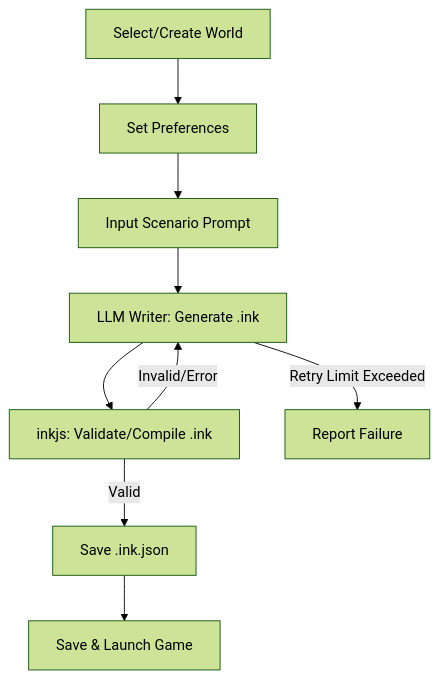
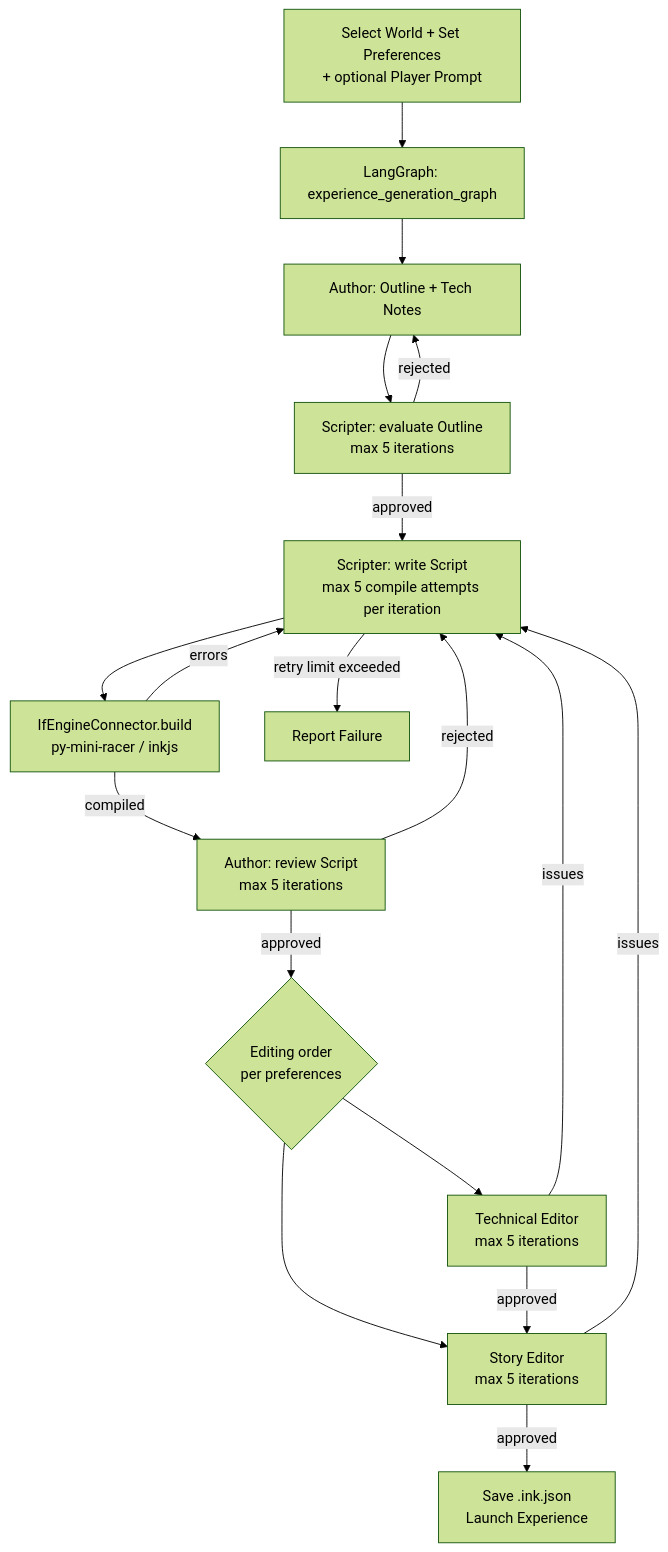
The diagram in docs/Data and File Specifications.md (peterbaileyct/zforge), drawn with Mermaid (forest theme) before and after one commit. The commit also changed other lines of this file and 11 other files, not shown here.

````diff
--- a/docs/Data and File Specifications.md
+++ b/docs/Data and File Specifications.md
@@ -16,11 +37,20 @@
 ```mermaid
 flowchart TD
-    A[Select/Create World] --> B[Set Preferences]
-    B --> C[Input Scenario Prompt]
-    C --> D[LLM Writer: Generate .ink]
-    D --> E[inkjs: Validate/Compile .ink]
-    E -- Valid --> F[Save .ink.json]
-    F --> G[Save & Launch Game]
-    E -- Invalid/Error --> D
-    D -- Retry Limit Exceeded --> H[Report Failure]
+    A[Select World + Set Preferences\n+ optional Player Prompt] --> B[LangGraph: experience_generation_graph]
+    B --> C[Author: Outline + Tech Notes]
+    C --> D[Scripter: evaluate Outline\nmax 5 iterations]
+    D -- rejected --> C
+    D -- approved --> E[Scripter: write Script\nmax 5 compile attempts per iteration]
+    E --> F[IfEngineConnector.build\npy-mini-racer / inkjs]
+    F -- errors --> E
+    F -- compiled --> G[Author: review Script\nmax 5 iterations]
+    G -- rejected --> E
+    G -- approved --> H{Editing order\nper preferences}
+    H --> I[Technical Editor\nmax 5 iterations]
+    H --> J[Story Editor\nmax 5 iterations]
+    I -- issues --> E
+    J -- issues --> E
+    I -- approved --> J
+    J -- approved --> K[Save .ink.json\nLaunch Experience]
+    E -- retry limit exceeded --> L[Report Failure]
 ```
````
